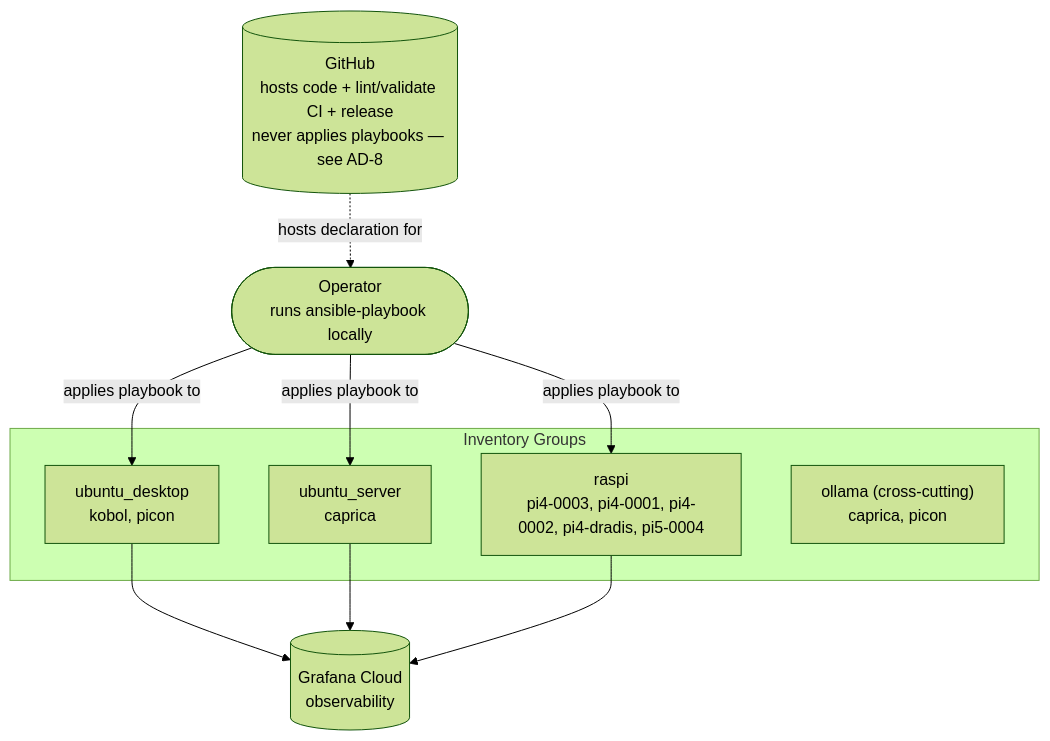
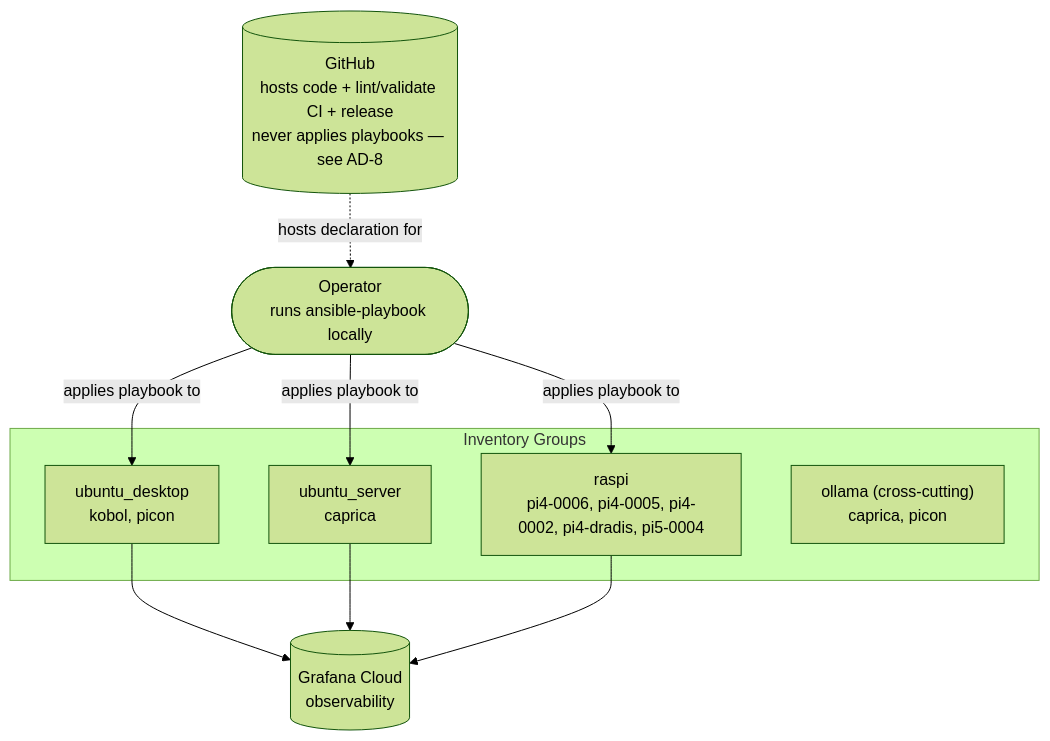
The second of 2 diagrams in _bmad-output/planning-artifacts/architecture/architecture-configs-homelab-2026-08-24/ARCHITECTURE-SPINE.md (sommerfeld-io/configs-homelab), drawn with Mermaid (forest theme) before and after one commit. The commit also changed other lines of this file and 14 other files, not shown here.

````diff
--- a/_bmad-output/planning-artifacts/architecture/architecture-configs-homelab-2026-08-24/ARCHITECTURE-SPINE.md
+++ b/_bmad-output/planning-artifacts/architecture/architecture-configs-homelab-2026-08-24/ARCHITECTURE-SPINE.md
@@ -144,20 +144,20 @@
 ```mermaid
 graph TD
     subgraph Inventory Groups
         UD["ubuntu_desktop<br/>kobol, picon"]
         US["ubuntu_server<br/>caprica"]
-        RP["raspi<br/>pi4-0003, pi4-0001, pi4-0002, pi4-dradis, pi5-0004"]
+        RP["raspi<br/>pi4-0006, pi4-0005, pi4-0002, pi4-dradis, pi5-0004"]
         OL["ollama (cross-cutting)<br/>caprica, picon"]
     end
     OP(["Operator<br/>runs ansible-playbook locally"])
     GH[("GitHub<br/>hosts code + lint/validate CI + release<br/>never applies playbooks — see AD-8")]
     GC[("Grafana Cloud<br/>observability")]
 
     GH -. "hosts declaration for" .-> OP
     OP -- "applies playbook to" --> UD
     OP -- "applies playbook to" --> US
     OP -- "applies playbook to" --> RP
     UD --> GC
     US --> GC
     RP --> GC
 ```
````
